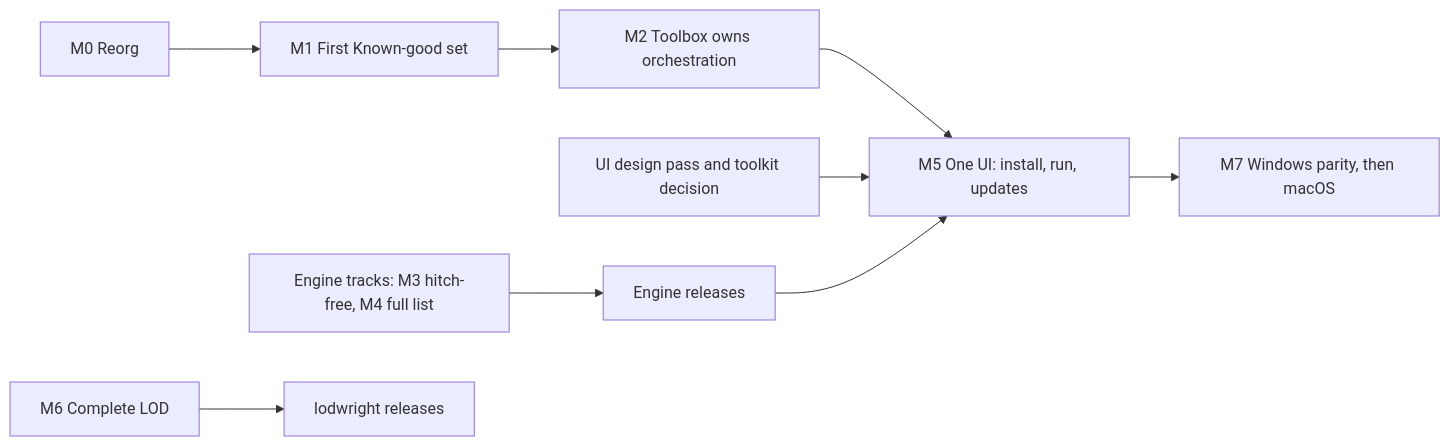
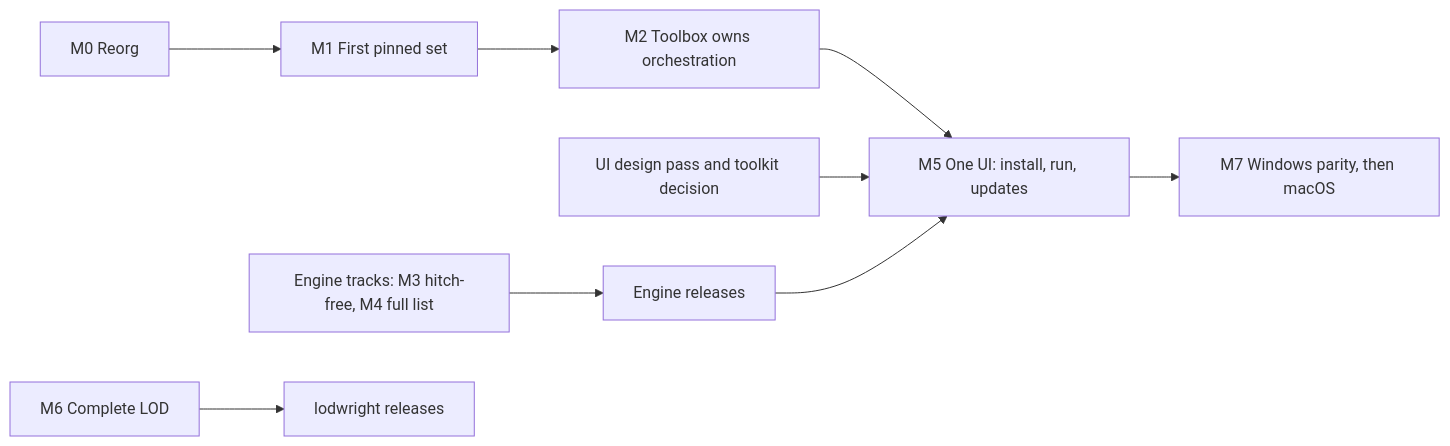
Before and after one commit to JorisJonkers-dev/rauls-trusty-toolbox: the diagram in docs/REORG.md, drawn with Mermaid. The commit also changed other lines of this file and 11 other files, not shown here.

````diff
--- a/docs/REORG.md
+++ b/docs/REORG.md
@@ -396,11 +395,11 @@
 ```mermaid
 flowchart LR
-  M0[M0 Reorg] --> M1[M1 First Known-good set]
+  M0[M0 Reorg] --> M1[M1 First pinned set]
   M1 --> M2[M2 Toolbox owns orchestration]
   M2 --> M5[M5 One UI: install, run, updates]
   D[UI design pass and toolkit decision] --> M5
   E[Engine tracks: M3 hitch-free, M4 full list] --> R[Engine releases]
   R --> M5
   L[M6 Complete LOD] --> R2[lodwright releases]
   M5 --> M7[M7 Windows parity, then macOS]
 ```
````
